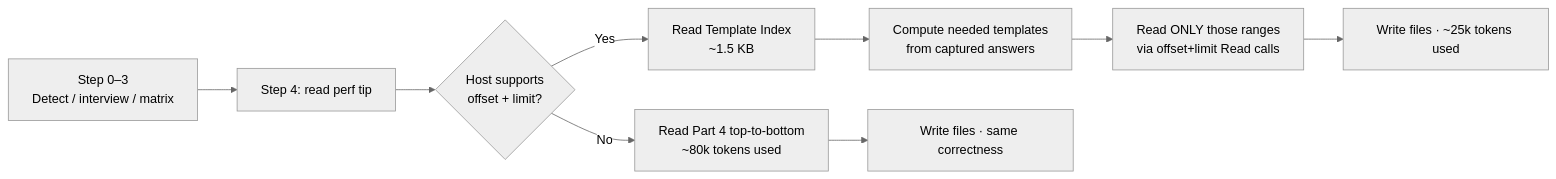
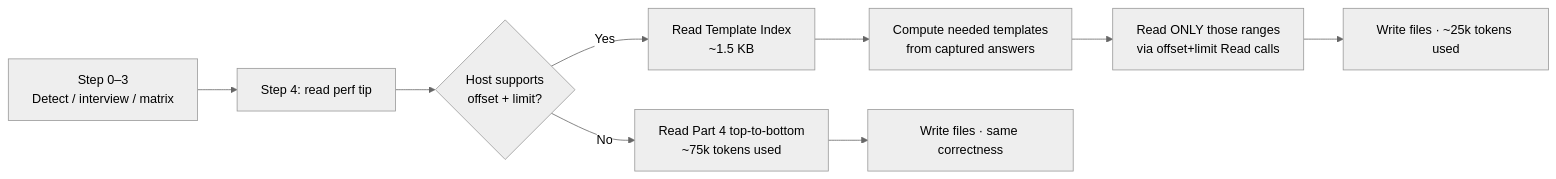
The diagram in .docs/adrs/0008-offset-read-template-index.md (sciensoft/agentic-bootstrap), drawn with Mermaid (neutral theme) before and after one commit. The commit also changed other lines of this file and 3 other files, not shown here.

````diff
--- a/.docs/adrs/0008-offset-read-template-index.md
+++ b/.docs/adrs/0008-offset-read-template-index.md
@@ -20,11 +20,11 @@
 ```mermaid
 flowchart LR
   S1[Step 0–3<br/>Detect / interview / matrix] --> S2[Step 4: read perf tip]
   S2 --> S3{Host supports<br/>offset + limit?}
   S3 -- Yes --> S4[Read Template Index<br/>~1.5 KB]
   S4 --> S5[Compute needed templates<br/>from captured answers]
   S5 --> S6[Read ONLY those ranges<br/>via offset+limit Read calls]
   S6 --> S7[Write files · ~25k tokens used]
-  S3 -- No --> S8[Read Part 4 top-to-bottom<br/>~80k tokens used]
+  S3 -- No --> S8[Read Part 4 top-to-bottom<br/>~75k tokens used]
   S8 --> S7b[Write files · same correctness]
 ```
````
